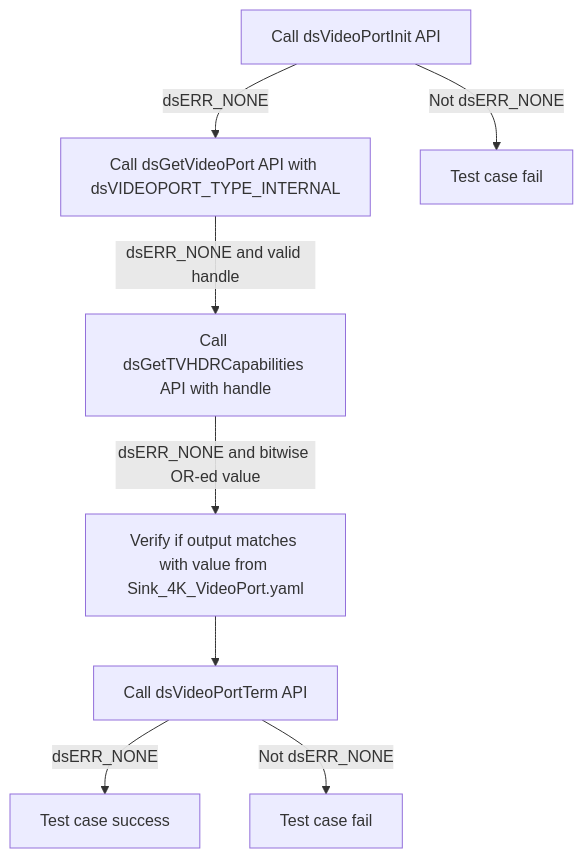
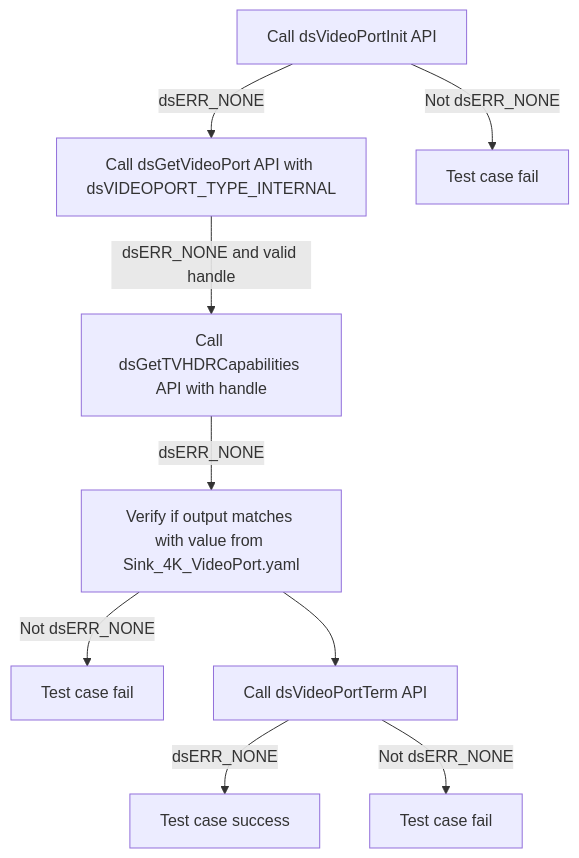
Before and after one commit to rdkcentral/rdk-halif-test-device_settings: the sixth of 21 diagrams in docs/pages/ds-video-port_L2_Low-Level_TestSpecification.md, drawn with Mermaid. The commit also changed other lines of this file and 15 other files, not shown here.

````diff
--- a/docs/pages/ds-video-port_L2_Low-Level_TestSpecification.md
+++ b/docs/pages/ds-video-port_L2_Low-Level_TestSpecification.md
@@ -446,10 +285,11 @@
 ```mermaid
 graph TB
     A[Call dsVideoPortInit API] -->|dsERR_NONE| B[Call dsGetVideoPort API with dsVIDEOPORT_TYPE_INTERNAL]
     A -->|Not dsERR_NONE| A1[Test case fail]
     B -->|dsERR_NONE and valid handle| C[Call dsGetTVHDRCapabilities API with handle]
-    C -->|dsERR_NONE and bitwise OR-ed value| D[Verify if output matches with value from Sink_4K_VideoPort.yaml]
+    C -->|dsERR_NONE | D[Verify if output matches with value from Sink_4K_VideoPort.yaml]
+    D -->|Not dsERR_NONE| A2[Test case fail]
     D --> E[Call dsVideoPortTerm API]
     E -->|dsERR_NONE| F[Test case success]
     E -->|Not dsERR_NONE| E1[Test case fail]
 ```
````
